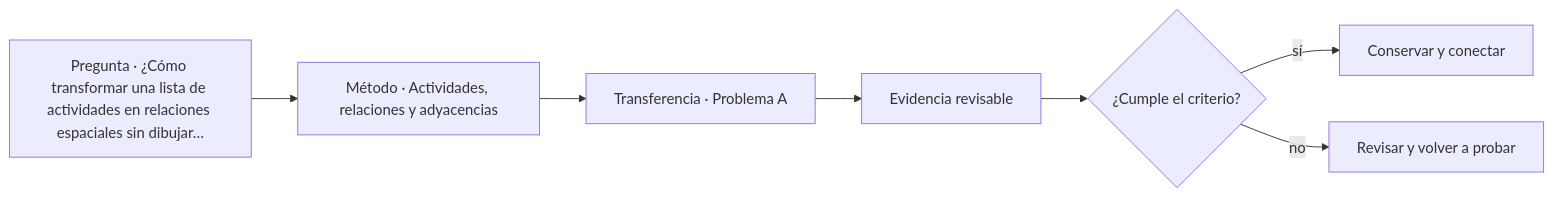
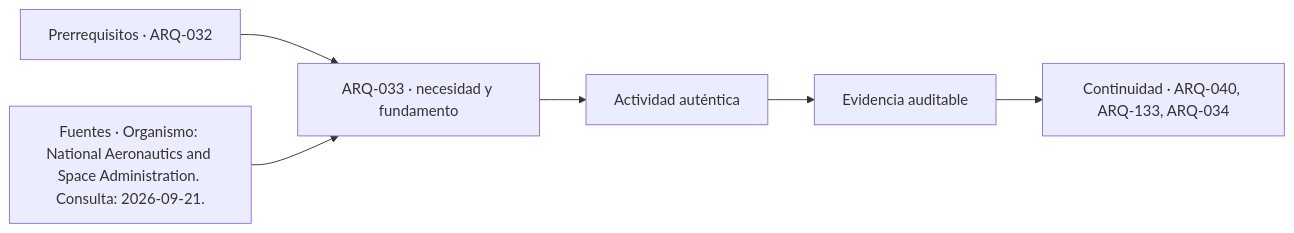
Before and after one commit to vladimiracunadev-create/architecture-built-environment-learning-program: the diagram in classes/parte-04/ARQ-033.md, drawn with Mermaid. The commit also changed other lines of this file and 761 other files, not shown here.

````diff
--- a/classes/parte-04/ARQ-033.md
+++ b/classes/parte-04/ARQ-033.md
@@ -200,9 +212,8 @@
 ```mermaid
 flowchart LR
-    Q["Pregunta · ¿Cómo transformar una lista de actividades en relaciones espaciales sin dibujar…"] --> M["Método · Actividades, relaciones y adyacencias"]
-    M --> P["Transferencia · Problema A"]
-    P --> E["Evidencia revisable"]
-    E --> C{"¿Cumple el criterio?"}
-    C -->|sí| T["Conservar y conectar"]
-    C -->|no| R["Revisar y volver a probar"]
+    A["Prerrequisitos · ARQ-032"] --> B["ARQ-033 · necesidad y fundamento"]
+    S["Fuentes · Organismo: National Aeronautics and Space Administration. Consulta: 2026-09-21."] --> B
+    B --> C["Actividad auténtica"]
+    C --> D["Evidencia auditable"]
+    D --> E["Continuidad · ARQ-040, ARQ-133, ARQ-034"]
 ```
````
